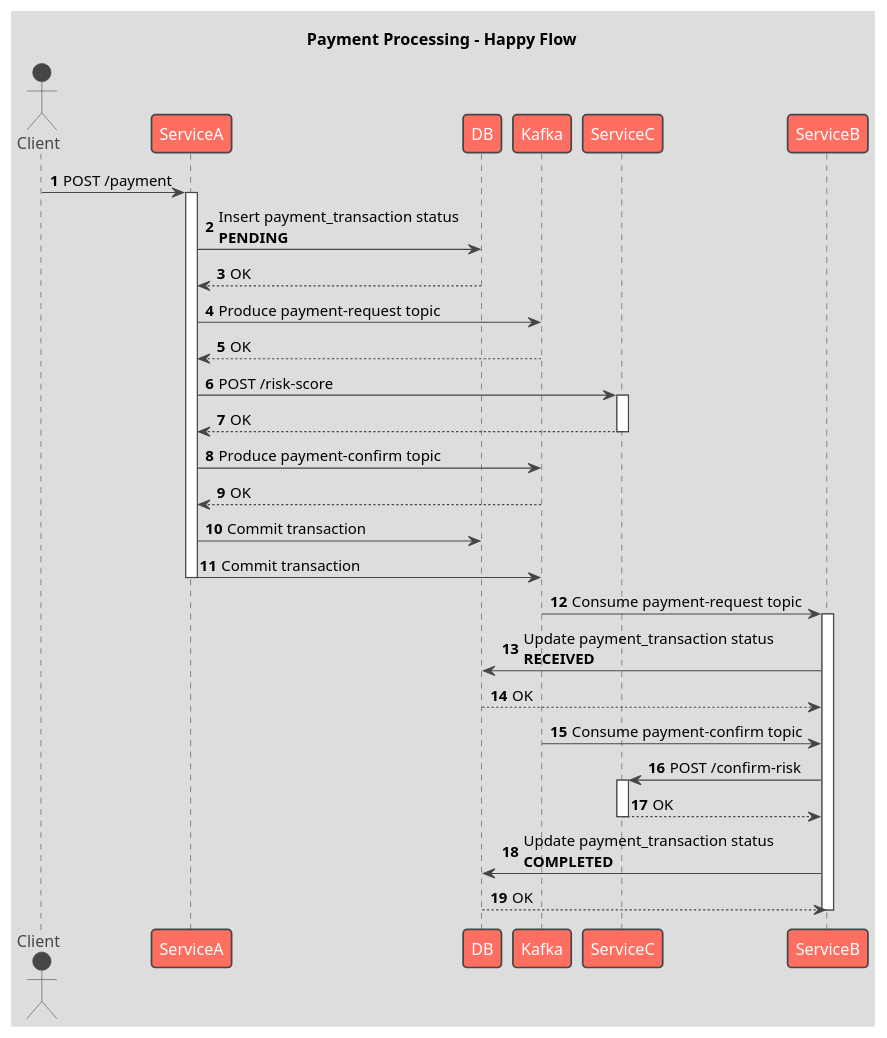
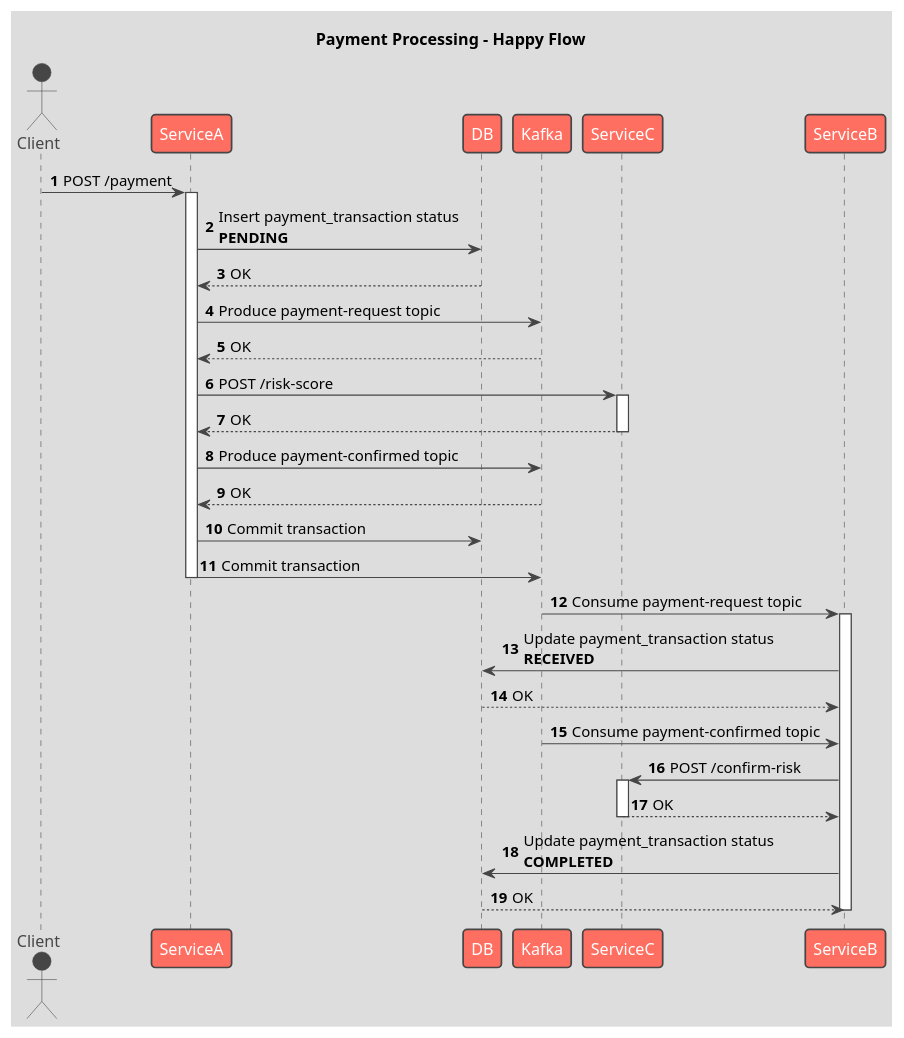
The diagram in library-service-producer/src/main/resources/happy-flow.plantuml (norulshahlam/spring-boot-kafka-tutorials), drawn with PlantUML before and after one commit. The commit also changed 1 other file, not shown here.

Commit message:
added 2nd topic

```diff
--- a/library-service-producer/src/main/resources/happy-flow.plantuml
+++ b/library-service-producer/src/main/resources/happy-flow.plantuml
@@ -1,43 +1,43 @@
 @startuml
 !theme toy
 title Payment Processing - Happy Flow
 autonumber
 actor Client
 
 Client -> ServiceA: POST /payment
 activate ServiceA
 
 ServiceA -> DB: Insert payment_transaction status \n<b>PENDING</b>
 DB --> ServiceA: OK
 
 ServiceA -> Kafka: Produce payment-request topic
 Kafka --> ServiceA: OK
 
 ServiceA -> ServiceC: POST /risk-score
 activate ServiceC
 ServiceC --> ServiceA: OK
 deactivate ServiceC
 
-ServiceA -> Kafka: Produce payment-confirm topic
+ServiceA -> Kafka: Produce payment-confirmed topic
 Kafka --> ServiceA: OK
 
 ServiceA -> DB: Commit transaction
 ServiceA -> Kafka: Commit transaction
 deactivate ServiceA
 
 Kafka -> ServiceB: Consume payment-request topic
 activate ServiceB
 ServiceB -> DB: Update payment_transaction status \n<b>RECEIVED</b>
 DB --> ServiceB: OK
 
-Kafka -> ServiceB: Consume payment-confirm topic
+Kafka -> ServiceB: Consume payment-confirmed topic
 ServiceB -> ServiceC: POST /confirm-risk
 activate ServiceC
 ServiceC --> ServiceB: OK
 deactivate ServiceC
 
 ServiceB -> DB: Update payment_transaction status \n<b>COMPLETED</b>
 DB --> ServiceB: OK
 deactivate ServiceB
 
 @enduml
```
